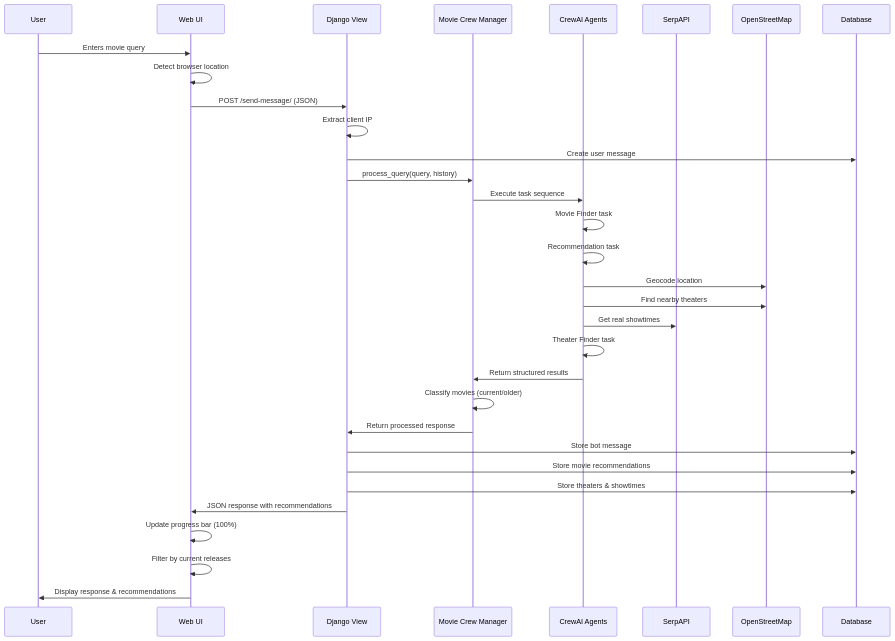
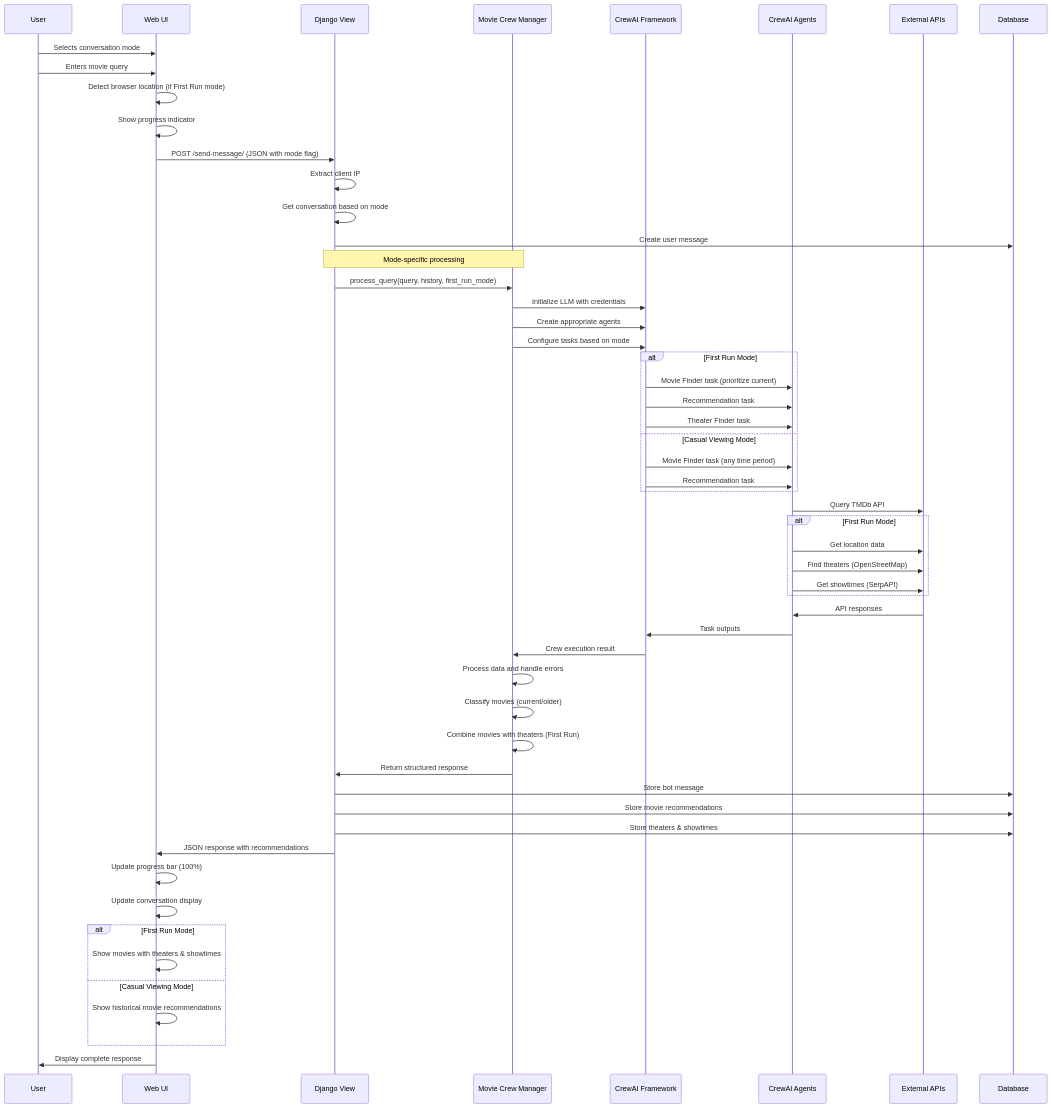
The second of 4 diagrams in py-django-crewai/docs/ARCHITECTURE.md (nkuhn-vmw/tanzu-genai-showcase), drawn with Mermaid before and after one commit. The commit also changed other lines of this file and 34 other files, not shown here.

````diff
--- a/py-django-crewai/docs/ARCHITECTURE.md
+++ b/py-django-crewai/docs/ARCHITECTURE.md
@@ -135,40 +201,69 @@
 ```mermaid
 sequenceDiagram
     participant User
     participant UI as Web UI
     participant View as Django View
     participant Manager as Movie Crew Manager
+    participant CrewAI as CrewAI Framework
     participant Agents as CrewAI Agents
-    participant SerpAPI as SerpAPI
-    participant OSM as OpenStreetMap
+    participant External as External APIs
     participant DB as Database
 
+    User->>UI: Selects conversation mode
     User->>UI: Enters movie query
-    UI->>UI: Detect browser location
-    UI->>View: POST /send-message/ (JSON)
+    UI->>UI: Detect browser location (if First Run mode)
+    UI->>UI: Show progress indicator
+    UI->>View: POST /send-message/ (JSON with mode flag)
     View->>View: Extract client IP
+    View->>View: Get conversation based on mode
     View->>DB: Create user message
-    View->>Manager: process_query(query, history)
 
-    Manager->>Agents: Execute task sequence
+    Note over View,Manager: Mode-specific processing
+    View->>Manager: process_query(query, history, first_run_mode)
 
-    Agents->>Agents: Movie Finder task
-    Agents->>Agents: Recommendation task
-    Agents->>OSM: Geocode location
-    Agents->>OSM: Find nearby theaters
-    Agents->>SerpAPI: Get real showtimes
-    Agents->>Agents: Theater Finder task
+    Manager->>CrewAI: Initialize LLM with credentials
+    Manager->>CrewAI: Create appropriate agents
+    Manager->>CrewAI: Configure tasks based on mode
 
-    Agents->>Manager: Return structured results
+    alt First Run Mode
+        CrewAI->>Agents: Movie Finder task (prioritize current)
+        CrewAI->>Agents: Recommendation task
+        CrewAI->>Agents: Theater Finder task
+    else Casual Viewing Mode
+        CrewAI->>Agents: Movie Finder task (any time period)
+        CrewAI->>Agents: Recommendation task
+    end
+
+    Agents->>External: Query TMDb API
+
+    alt First Run Mode
+        Agents->>External: Get location data
+        Agents->>External: Find theaters (OpenStreetMap)
+        Agents->>External: Get showtimes (SerpAPI)
+    end
+
+    External->>Agents: API responses
+    Agents->>CrewAI: Task outputs
+    CrewAI->>Manager: Crew execution result
+
+    Manager->>Manager: Process data and handle errors
     Manager->>Manager: Classify movies (current/older)
-    Manager->>View: Return processed response
+    Manager->>Manager: Combine movies with theaters (First Run)
+    Manager->>View: Return structured response
 
     View->>DB: Store bot message
     View->>DB: Store movie recommendations
     View->>DB: Store theaters & showtimes
 
     View->>UI: JSON response with recommendations
     UI->>UI: Update progress bar (100%)
-    UI->>UI: Filter by current releases
-    UI->>User: Display response & recommendations
+    UI->>UI: Update conversation display
+
+    alt First Run Mode
+        UI->>UI: Show movies with theaters & showtimes
+    else Casual Viewing Mode
+        UI->>UI: Show historical movie recommendations
+    end
+
+    UI->>User: Display complete response
 ```
````
